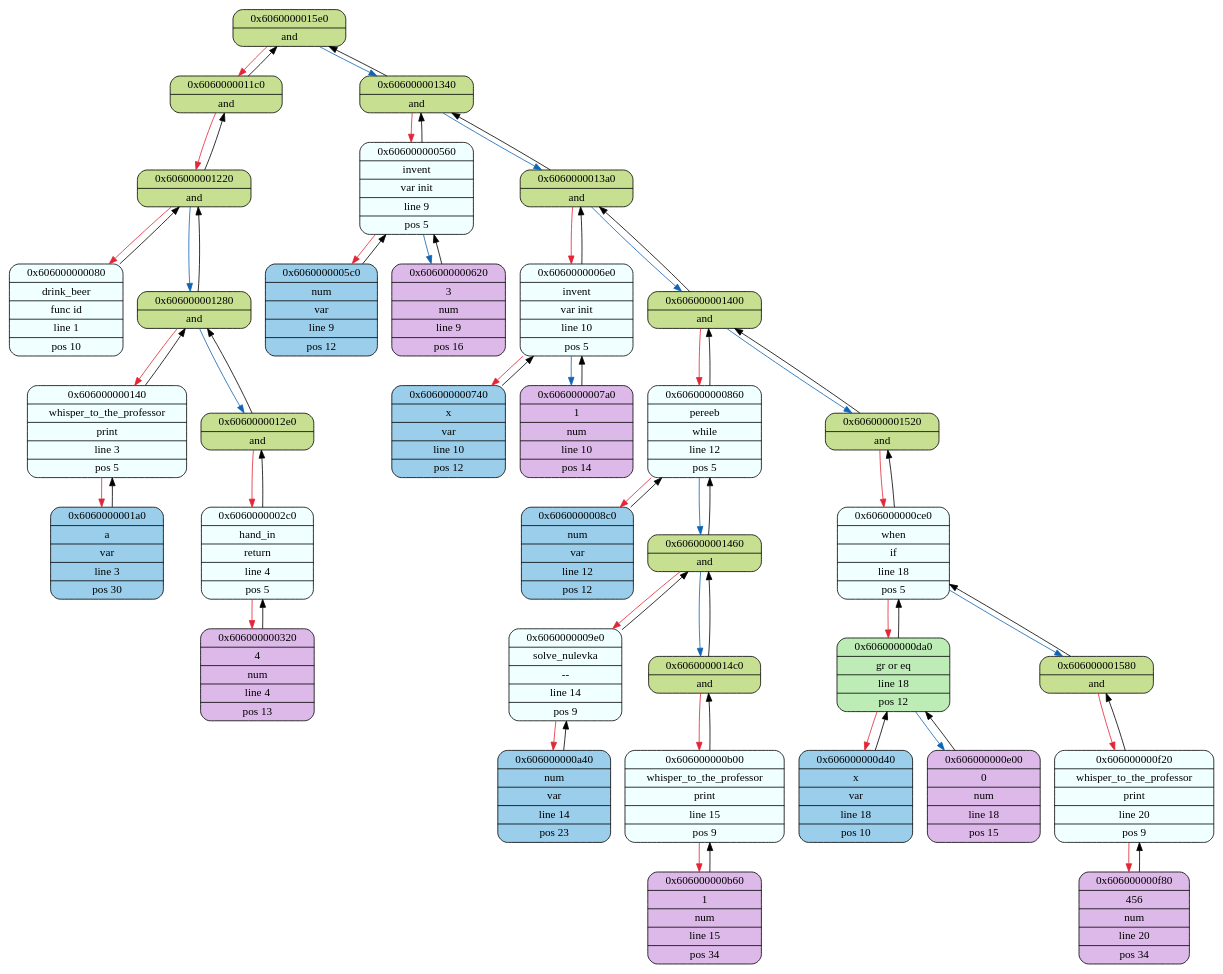
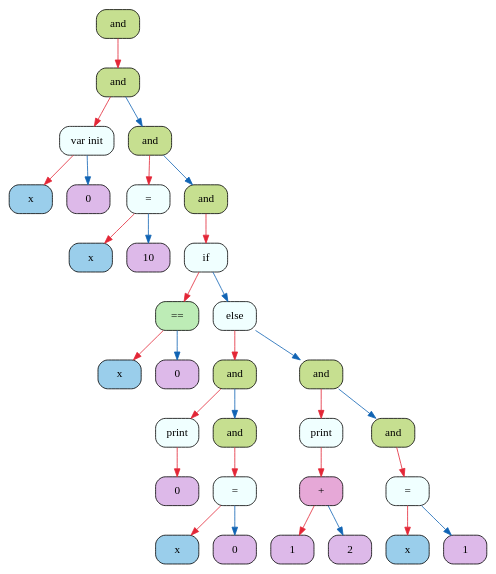
One commit to 2APetrin/MIPT_language changed the diagram in frontend/logs/log_graphviz.dot. Above: the diagram before and after it, drawn with Graphviz. The commit also changed 21 other files, not shown here.

```diff
--- a/frontend/logs/log_graphviz.dot
+++ b/frontend/logs/log_graphviz.dot
@@ -1,106 +1,64 @@
 digraph
 {
-    node_0x6060000015e0[shape = Mrecord, label = "{{0x6060000015e0} | {and}}", style = "filled", fillcolor = "#C6DF90"];
-    node_0x6060000011c0[shape = Mrecord, label = "{{0x6060000011c0} | {and}}", style = "filled", fillcolor = "#C6DF90"];
-    node_0x606000001220[shape = Mrecord, label = "{{0x606000001220} | {and}}", style = "filled", fillcolor = "#C6DF90"];
-    node_0x606000000080[shape = Mrecord, label = "{{0x606000000080} | {drink_beer} | {func id} | {line 1} | {pos 10}}", style = "filled", fillcolor = "#F0FFFF"];
-    node_0x606000001280[shape = Mrecord, label = "{{0x606000001280} | {and}}", style = "filled", fillcolor = "#C6DF90"];
-    node_0x606000000140[shape = Mrecord, label = "{{0x606000000140} | {whisper_to_the_professor} | {print} | {line 3} | {pos 5}}", style = "filled", fillcolor = "#F0FFFF"];
-    node_0x6060000001a0[shape = Mrecord, label = "{{0x6060000001a0} | {a} | {var} | {line 3} | {pos 30}}", style = "filled", fillcolor = "#9ACEEB"];
-    node_0x6060000012e0[shape = Mrecord, label = "{{0x6060000012e0} | {and}}", style = "filled", fillcolor = "#C6DF90"];
-    node_0x6060000002c0[shape = Mrecord, label = "{{0x6060000002c0} | {hand_in} | {return} | {line 4} | {pos 5}}", style = "filled", fillcolor = "#F0FFFF"];
-    node_0x606000000320[shape = Mrecord, label = "{{0x606000000320} | {4} | {num} | {line 4} | {pos 13}}", style = "filled", fillcolor = "#DDB9E9"];
-    node_0x606000001340[shape = Mrecord, label = "{{0x606000001340} | {and}}", style = "filled", fillcolor = "#C6DF90"];
-    node_0x606000000560[shape = Mrecord, label = "{{0x606000000560} | {invent} | {var init} | {line 9} | {pos 5}}", style = "filled", fillcolor = "#F0FFFF"];
-    node_0x6060000005c0[shape = Mrecord, label = "{{0x6060000005c0} | {num} | {var} | {line 9} | {pos 12}}", style = "filled", fillcolor = "#9ACEEB"];
-    node_0x606000000620[shape = Mrecord, label = "{{0x606000000620} | {3} | {num} | {line 9} | {pos 16}}", style = "filled", fillcolor = "#DDB9E9"];
-    node_0x6060000013a0[shape = Mrecord, label = "{{0x6060000013a0} | {and}}", style = "filled", fillcolor = "#C6DF90"];
-    node_0x6060000006e0[shape = Mrecord, label = "{{0x6060000006e0} | {invent} | {var init} | {line 10} | {pos 5}}", style = "filled", fillcolor = "#F0FFFF"];
-    node_0x606000000740[shape = Mrecord, label = "{{0x606000000740} | {x} | {var} | {line 10} | {pos 12}}", style = "filled", fillcolor = "#9ACEEB"];
-    node_0x6060000007a0[shape = Mrecord, label = "{{0x6060000007a0} | {1} | {num} | {line 10} | {pos 14}}", style = "filled", fillcolor = "#DDB9E9"];
-    node_0x606000001400[shape = Mrecord, label = "{{0x606000001400} | {and}}", style = "filled", fillcolor = "#C6DF90"];
-    node_0x606000000860[shape = Mrecord, label = "{{0x606000000860} | {pereeb} | {while} | {line 12} | {pos 5}}", style = "filled", fillcolor = "#F0FFFF"];
-    node_0x6060000008c0[shape = Mrecord, label = "{{0x6060000008c0} | {num} | {var} | {line 12} | {pos 12}}", style = "filled", fillcolor = "#9ACEEB"];
-    node_0x606000001460[shape = Mrecord, label = "{{0x606000001460} | {and}}", style = "filled", fillcolor = "#C6DF90"];
-    node_0x6060000009e0[shape = Mrecord, label = "{{0x6060000009e0} | {solve_nulevka} | {--} | {line 14} | {pos 9}}", style = "filled", fillcolor = "#F0FFFF"];
-    node_0x606000000a40[shape = Mrecord, label = "{{0x606000000a40} | {num} | {var} | {line 14} | {pos 23}}", style = "filled", fillcolor = "#9ACEEB"];
-    node_0x6060000014c0[shape = Mrecord, label = "{{0x6060000014c0} | {and}}", style = "filled", fillcolor = "#C6DF90"];
-    node_0x606000000b00[shape = Mrecord, label = "{{0x606000000b00} | {whisper_to_the_professor} | {print} | {line 15} | {pos 9}}", style = "filled", fillcolor = "#F0FFFF"];
-    node_0x606000000b60[shape = Mrecord, label = "{{0x606000000b60} | {1} | {num} | {line 15} | {pos 34}}", style = "filled", fillcolor = "#DDB9E9"];
-    node_0x606000001520[shape = Mrecord, label = "{{0x606000001520} | {and}}", style = "filled", fillcolor = "#C6DF90"];
-    node_0x606000000ce0[shape = Mrecord, label = "{{0x606000000ce0} | {when} | {if} | {line 18} | {pos 5}}", style = "filled", fillcolor = "#F0FFFF"];
-    node_0x606000000da0[shape = Mrecord, label = "{{0x606000000da0} | {gr or eq} | {line 18} | {pos 12}}", style = "filled", fillcolor = "#BDECB6"];
-    node_0x606000000d40[shape = Mrecord, label = "{{0x606000000d40} | {x} | {var} | {line 18} | {pos 10}}", style = "filled", fillcolor = "#9ACEEB"];
-    node_0x606000000e00[shape = Mrecord, label = "{{0x606000000e00} | {0} | {num} | {line 18} | {pos 15}}", style = "filled", fillcolor = "#DDB9E9"];
-    node_0x606000001580[shape = Mrecord, label = "{{0x606000001580} | {and}}", style = "filled", fillcolor = "#C6DF90"];
-    node_0x606000000f20[shape = Mrecord, label = "{{0x606000000f20} | {whisper_to_the_professor} | {print} | {line 20} | {pos 9}}", style = "filled", fillcolor = "#F0FFFF"];
-    node_0x606000000f80[shape = Mrecord, label = "{{0x606000000f80} | {456} | {num} | {line 20} | {pos 34}}", style = "filled", fillcolor = "#DDB9E9"];
-    node_0x6060000011c0->node_0x6060000015e0 [color = "#000000"];
-    node_0x6060000015e0->node_0x6060000011c0 [color = "#E32636"];
-    node_0x606000001220->node_0x6060000011c0 [color = "#000000"];
-    node_0x6060000011c0->node_0x606000001220 [color = "#E32636"];
-    node_0x606000000080->node_0x606000001220 [color = "#000000"];
-    node_0x606000001220->node_0x606000000080 [color = "#E32636"];
-    node_0x606000001280->node_0x606000001220 [color = "#000000"];
-    node_0x606000001220->node_0x606000001280 [color = "#1164B4"];
-    node_0x606000000140->node_0x606000001280 [color = "#000000"];
-    node_0x606000001280->node_0x606000000140 [color = "#E32636"];
-    node_0x6060000001a0->node_0x606000000140 [color = "#000000"];
-    node_0x606000000140->node_0x6060000001a0 [color = "#E32636"];
-    node_0x6060000012e0->node_0x606000001280 [color = "#000000"];
-    node_0x606000001280->node_0x6060000012e0 [color = "#1164B4"];
-    node_0x6060000002c0->node_0x6060000012e0 [color = "#000000"];
-    node_0x6060000012e0->node_0x6060000002c0 [color = "#E32636"];
-    node_0x606000000320->node_0x6060000002c0 [color = "#000000"];
-    node_0x6060000002c0->node_0x606000000320 [color = "#E32636"];
-    node_0x606000001340->node_0x6060000015e0 [color = "#000000"];
-    node_0x6060000015e0->node_0x606000001340 [color = "#1164B4"];
-    node_0x606000000560->node_0x606000001340 [color = "#000000"];
-    node_0x606000001340->node_0x606000000560 [color = "#E32636"];
-    node_0x6060000005c0->node_0x606000000560 [color = "#000000"];
-    node_0x606000000560->node_0x6060000005c0 [color = "#E32636"];
-    node_0x606000000620->node_0x606000000560 [color = "#000000"];
-    node_0x606000000560->node_0x606000000620 [color = "#1164B4"];
-    node_0x6060000013a0->node_0x606000001340 [color = "#000000"];
-    node_0x606000001340->node_0x6060000013a0 [color = "#1164B4"];
-    node_0x6060000006e0->node_0x6060000013a0 [color = "#000000"];
-    node_0x6060000013a0->node_0x6060000006e0 [color = "#E32636"];
-    node_0x606000000740->node_0x6060000006e0 [color = "#000000"];
-    node_0x6060000006e0->node_0x606000000740 [color = "#E32636"];
-    node_0x6060000007a0->node_0x6060000006e0 [color = "#000000"];
-    node_0x6060000006e0->node_0x6060000007a0 [color = "#1164B4"];
-    node_0x606000001400->node_0x6060000013a0 [color = "#000000"];
-    node_0x6060000013a0->node_0x606000001400 [color = "#1164B4"];
-    node_0x606000000860->node_0x606000001400 [color = "#000000"];
-    node_0x606000001400->node_0x606000000860 [color = "#E32636"];
-    node_0x6060000008c0->node_0x606000000860 [color = "#000000"];
-    node_0x606000000860->node_0x6060000008c0 [color = "#E32636"];
-    node_0x606000001460->node_0x606000000860 [color = "#000000"];
-    node_0x606000000860->node_0x606000001460 [color = "#1164B4"];
-    node_0x6060000009e0->node_0x606000001460 [color = "#000000"];
-    node_0x606000001460->node_0x6060000009e0 [color = "#E32636"];
-    node_0x606000000a40->node_0x6060000009e0 [color = "#000000"];
-    node_0x6060000009e0->node_0x606000000a40 [color = "#E32636"];
-    node_0x6060000014c0->node_0x606000001460 [color = "#000000"];
-    node_0x606000001460->node_0x6060000014c0 [color = "#1164B4"];
-    node_0x606000000b00->node_0x6060000014c0 [color = "#000000"];
-    node_0x6060000014c0->node_0x606000000b00 [color = "#E32636"];
-    node_0x606000000b60->node_0x606000000b00 [color = "#000000"];
-    node_0x606000000b00->node_0x606000000b60 [color = "#E32636"];
-    node_0x606000001520->node_0x606000001400 [color = "#000000"];
-    node_0x606000001400->node_0x606000001520 [color = "#1164B4"];
-    node_0x606000000ce0->node_0x606000001520 [color = "#000000"];
-    node_0x606000001520->node_0x606000000ce0 [color = "#E32636"];
-    node_0x606000000da0->node_0x606000000ce0 [color = "#000000"];
-    node_0x606000000ce0->node_0x606000000da0 [color = "#E32636"];
-    node_0x606000000d40->node_0x606000000da0 [color = "#000000"];
-    node_0x606000000da0->node_0x606000000d40 [color = "#E32636"];
-    node_0x606000000e00->node_0x606000000da0 [color = "#000000"];
-    node_0x606000000da0->node_0x606000000e00 [color = "#1164B4"];
-    node_0x606000001580->node_0x606000000ce0 [color = "#000000"];
-    node_0x606000000ce0->node_0x606000001580 [color = "#1164B4"];
-    node_0x606000000f20->node_0x606000001580 [color = "#000000"];
-    node_0x606000001580->node_0x606000000f20 [color = "#E32636"];
-    node_0x606000000f80->node_0x606000000f20 [color = "#000000"];
-    node_0x606000000f20->node_0x606000000f80 [color = "#E32636"];
+    node_0x606000000b60[shape = Mrecord, label = "{{and}}", style = "filled", fillcolor = "#C6DF90"];
+    node_0x606000000b00[shape = Mrecord, label = "{{and}}", style = "filled", fillcolor = "#C6DF90"];
+    node_0x6060000000e0[shape = Mrecord, label = "{{var init}}", style = "filled", fillcolor = "#F0FFFF"];
+    node_0x606000000020[shape = Mrecord, label = "{{x}}", style = "filled", fillcolor = "#9ACEEB"];
+    node_0x606000000080[shape = Mrecord, label = "{{0}}", style = "filled", fillcolor = "#DDB9E9"];
+    node_0x606000000aa0[shape = Mrecord, label = "{{and}}", style = "filled", fillcolor = "#C6DF90"];
+    node_0x606000000200[shape = Mrecord, label = "{{=}}", style = "filled", fillcolor = "#F0FFFF"];
+    node_0x606000000140[shape = Mrecord, label = "{{x}}", style = "filled", fillcolor = "#9ACEEB"];
+    node_0x6060000001a0[shape = Mrecord, label = "{{10}}", style = "filled", fillcolor = "#DDB9E9"];
+    node_0x606000000a40[shape = Mrecord, label = "{{and}}", style = "filled", fillcolor = "#C6DF90"];
+    node_0x6060000009e0[shape = Mrecord, label = "{{if}}", style = "filled", fillcolor = "#F0FFFF"];
+    node_0x606000000320[shape = Mrecord, label = "{{==}}", style = "filled", fillcolor = "#BDECB6"];
+    node_0x606000000260[shape = Mrecord, label = "{{x}}", style = "filled", fillcolor = "#9ACEEB"];
+    node_0x6060000002c0[shape = Mrecord, label = "{{0}}", style = "filled", fillcolor = "#DDB9E9"];
+    node_0x606000000980[shape = Mrecord, label = "{{else}}", style = "filled", fillcolor = "#F0FFFF"];
+    node_0x6060000005c0[shape = Mrecord, label = "{{and}}", style = "filled", fillcolor = "#C6DF90"];
+    node_0x6060000003e0[shape = Mrecord, label = "{{print}}", style = "filled", fillcolor = "#F0FFFF"];
+    node_0x606000000380[shape = Mrecord, label = "{{0}}", style = "filled", fillcolor = "#DDB9E9"];
+    node_0x606000000560[shape = Mrecord, label = "{{and}}", style = "filled", fillcolor = "#C6DF90"];
+    node_0x606000000500[shape = Mrecord, label = "{{=}}", style = "filled", fillcolor = "#F0FFFF"];
+    node_0x606000000440[shape = Mrecord, label = "{{x}}", style = "filled", fillcolor = "#9ACEEB"];
+    node_0x6060000004a0[shape = Mrecord, label = "{{0}}", style = "filled", fillcolor = "#DDB9E9"];
+    node_0x606000000920[shape = Mrecord, label = "{{and}}", style = "filled", fillcolor = "#C6DF90"];
+    node_0x606000000740[shape = Mrecord, label = "{{print}}", style = "filled", fillcolor = "#F0FFFF"];
+    node_0x6060000006e0[shape = Mrecord, label = "{{+}}", style = "filled", fillcolor = "#E6A8D7"];
+    node_0x606000000620[shape = Mrecord, label = "{{1}}", style = "filled", fillcolor = "#DDB9E9"];
+    node_0x606000000680[shape = Mrecord, label = "{{2}}", style = "filled", fillcolor = "#DDB9E9"];
+    node_0x6060000008c0[shape = Mrecord, label = "{{and}}", style = "filled", fillcolor = "#C6DF90"];
+    node_0x606000000860[shape = Mrecord, label = "{{=}}", style = "filled", fillcolor = "#F0FFFF"];
+    node_0x6060000007a0[shape = Mrecord, label = "{{x}}", style = "filled", fillcolor = "#9ACEEB"];
+    node_0x606000000800[shape = Mrecord, label = "{{1}}", style = "filled", fillcolor = "#DDB9E9"];
+    node_0x606000000b60->node_0x606000000b00 [color = "#E32636"];
+    node_0x606000000b00->node_0x6060000000e0 [color = "#E32636"];
+    node_0x6060000000e0->node_0x606000000020 [color = "#E32636"];
+    node_0x6060000000e0->node_0x606000000080 [color = "#1164B4"];
+    node_0x606000000b00->node_0x606000000aa0 [color = "#1164B4"];
+    node_0x606000000aa0->node_0x606000000200 [color = "#E32636"];
+    node_0x606000000200->node_0x606000000140 [color = "#E32636"];
+    node_0x606000000200->node_0x6060000001a0 [color = "#1164B4"];
+    node_0x606000000aa0->node_0x606000000a40 [color = "#1164B4"];
+    node_0x606000000a40->node_0x6060000009e0 [color = "#E32636"];
+    node_0x6060000009e0->node_0x606000000320 [color = "#E32636"];
+    node_0x606000000320->node_0x606000000260 [color = "#E32636"];
+    node_0x606000000320->node_0x6060000002c0 [color = "#1164B4"];
+    node_0x6060000009e0->node_0x606000000980 [color = "#1164B4"];
+    node_0x606000000980->node_0x6060000005c0 [color = "#E32636"];
+    node_0x6060000005c0->node_0x6060000003e0 [color = "#E32636"];
+    node_0x6060000003e0->node_0x606000000380 [color = "#E32636"];
+    node_0x6060000005c0->node_0x606000000560 [color = "#1164B4"];
+    node_0x606000000560->node_0x606000000500 [color = "#E32636"];
+    node_0x606000000500->node_0x606000000440 [color = "#E32636"];
+    node_0x606000000500->node_0x6060000004a0 [color = "#1164B4"];
+    node_0x606000000980->node_0x606000000920 [color = "#1164B4"];
+    node_0x606000000920->node_0x606000000740 [color = "#E32636"];
+    node_0x606000000740->node_0x6060000006e0 [color = "#E32636"];
+    node_0x6060000006e0->node_0x606000000620 [color = "#E32636"];
+    node_0x6060000006e0->node_0x606000000680 [color = "#1164B4"];
+    node_0x606000000920->node_0x6060000008c0 [color = "#1164B4"];
+    node_0x6060000008c0->node_0x606000000860 [color = "#E32636"];
+    node_0x606000000860->node_0x6060000007a0 [color = "#E32636"];
+    node_0x606000000860->node_0x606000000800 [color = "#1164B4"];
 }
```
